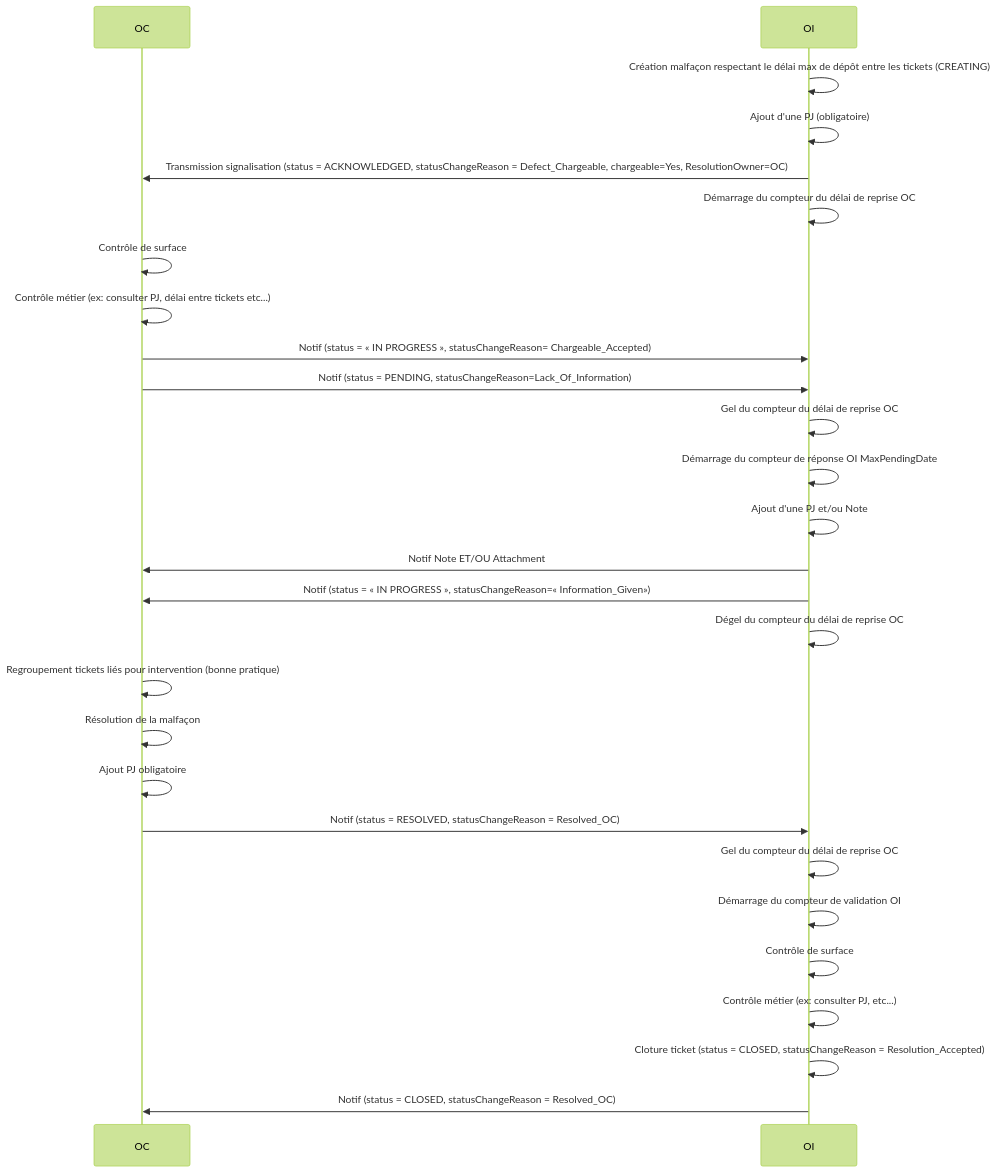
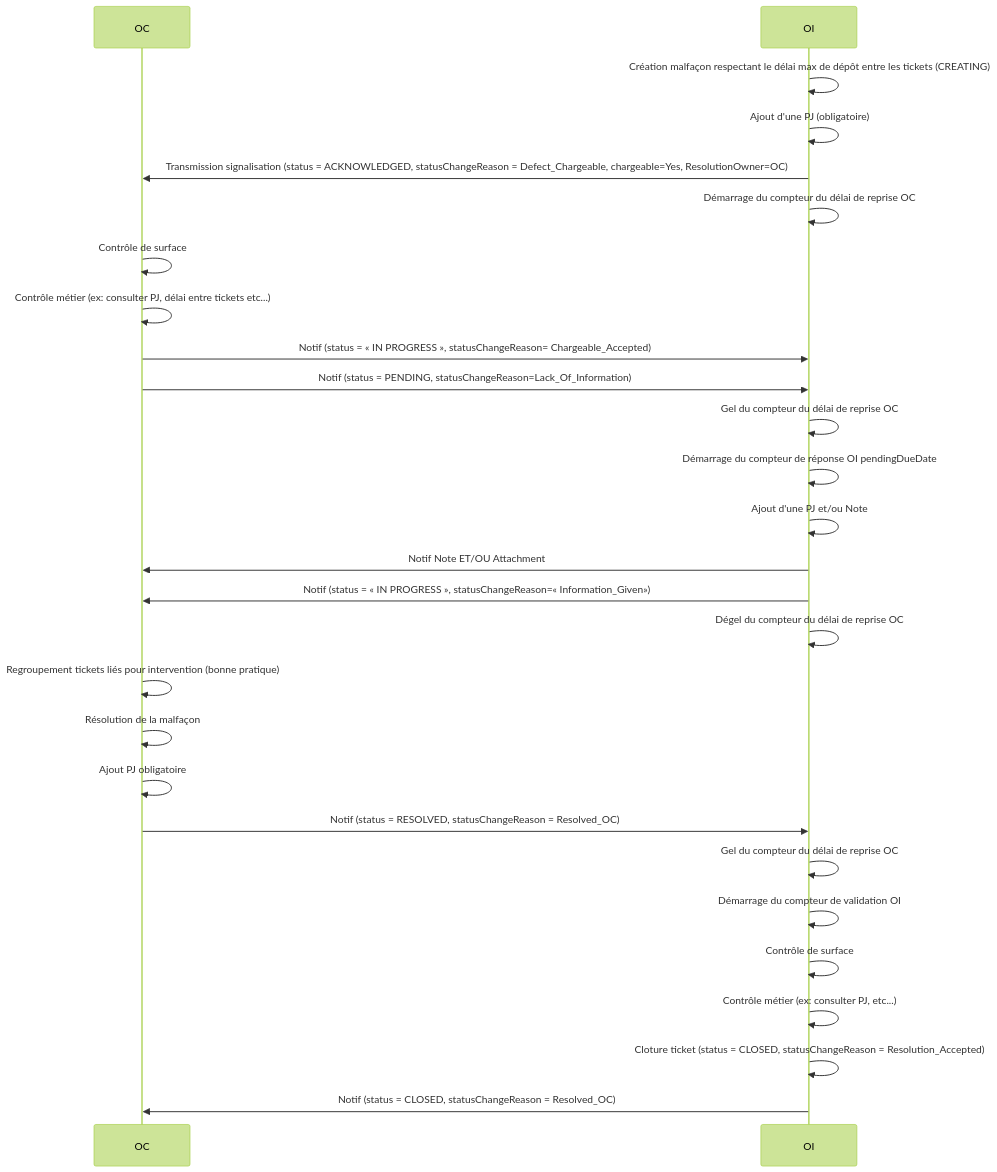
One commit to NicolasGuilbert/malfacon-1 changed the eighth of 12 diagrams in README.md. Above: the diagram before and after it, drawn with Mermaid (forest theme). The commit also changed other lines of this file, not shown here.

````diff
--- a/README.md
+++ b/README.md
@@ -509,31 +509,31 @@
 ```mermaid
 sequenceDiagram
 
   participant OC
   participant OI
 
   OI->>OI: Création malfaçon respectant le délai max de dépôt entre les tickets (CREATING)
   OI->>OI: Ajout d'une PJ (obligatoire)
   OI->>OC: Transmission signalisation (status = ACKNOWLEDGED, statusChangeReason = Defect_Chargeable, chargeable=Yes, ResolutionOwner=OC)
   OI->>OI: Démarrage du compteur du délai de reprise OC
   OC->>OC: Contrôle de surface
   OC->>OC: Contrôle métier (ex: consulter PJ, délai entre tickets etc...)
   OC->>OI: Notif (status = « IN PROGRESS », statusChangeReason= Chargeable_Accepted)
   OC->>OI: Notif (status = PENDING, statusChangeReason=Lack_Of_Information)
   OI->>OI: Gel du compteur du délai de reprise OC
-  OI->>OI: Démarrage du compteur de réponse OI MaxPendingDate
+  OI->>OI: Démarrage du compteur de réponse OI pendingDueDate
   OI->>OI: Ajout d'une PJ et/ou Note
   OI->>OC: Notif Note ET/OU Attachment
   OI->>OC: Notif (status = « IN PROGRESS », statusChangeReason=« Information_Given»)
   OI->>OI: Dégel du compteur du délai de reprise OC
   OC->>OC: Regroupement tickets liés pour intervention (bonne pratique)
   OC->>OC: Résolution de la malfaçon
   OC->>OC: Ajout PJ obligatoire
   OC->>OI: Notif (status = RESOLVED, statusChangeReason = Resolved_OC)
   OI->>OI: Gel du compteur du délai de reprise OC
   OI->>OI: Démarrage du compteur de validation OI
   OI->>OI: Contrôle de surface
   OI->>OI: Contrôle métier (ex: consulter PJ, etc...)
   OI->>OI: Cloture ticket (status = CLOSED, statusChangeReason = Resolution_Accepted)
   OI->>OC: Notif (status = CLOSED, statusChangeReason = Resolved_OC)
 ```
````
